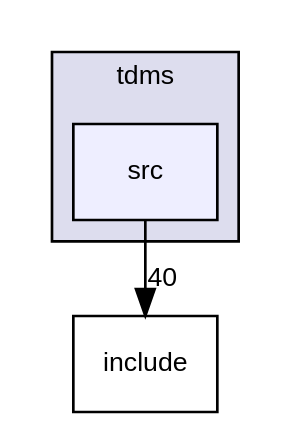
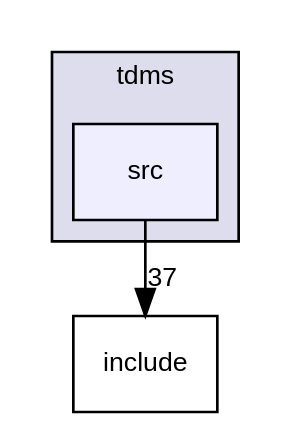
One commit to UCL/TDMS changed the diagram in dir_31743c9f8cb9d8e1833bb08943f9ef81_dep.dot. Above: the diagram before and after it, drawn with Graphviz. The commit also changed 113 other files, not shown here.

```diff
--- a/dir_31743c9f8cb9d8e1833bb08943f9ef81_dep.dot
+++ b/dir_31743c9f8cb9d8e1833bb08943f9ef81_dep.dot
@@ -1,11 +1,11 @@
 digraph "tdms/src" {
   compound=true
   node [ fontsize="10", fontname="Helvetica"];
   edge [ labelfontsize="10", labelfontname="Helvetica"];
   subgraph clusterdir_dfaedd75726dc0f14b5d7f96fe9da9ad {
     graph [ bgcolor="#ddddee", pencolor="black", label="tdms" fontname="Helvetica", fontsize="10", URL="dir_dfaedd75726dc0f14b5d7f96fe9da9ad.html"]
   dir_31743c9f8cb9d8e1833bb08943f9ef81 [shape=box, label="src", style="filled", fillcolor="#eeeeff", pencolor="black", URL="dir_31743c9f8cb9d8e1833bb08943f9ef81.html"];
   }
   dir_31151eb6fe72a8c6f09675be35b4e99c [shape=box label="include" URL="dir_31151eb6fe72a8c6f09675be35b4e99c.html"];
-  dir_31743c9f8cb9d8e1833bb08943f9ef81->dir_31151eb6fe72a8c6f09675be35b4e99c [headlabel="40", labeldistance=1.5 headhref="dir_000003_000002.html"];
+  dir_31743c9f8cb9d8e1833bb08943f9ef81->dir_31151eb6fe72a8c6f09675be35b4e99c [headlabel="37", labeldistance=1.5 headhref="dir_000003_000002.html"];
 }
```
